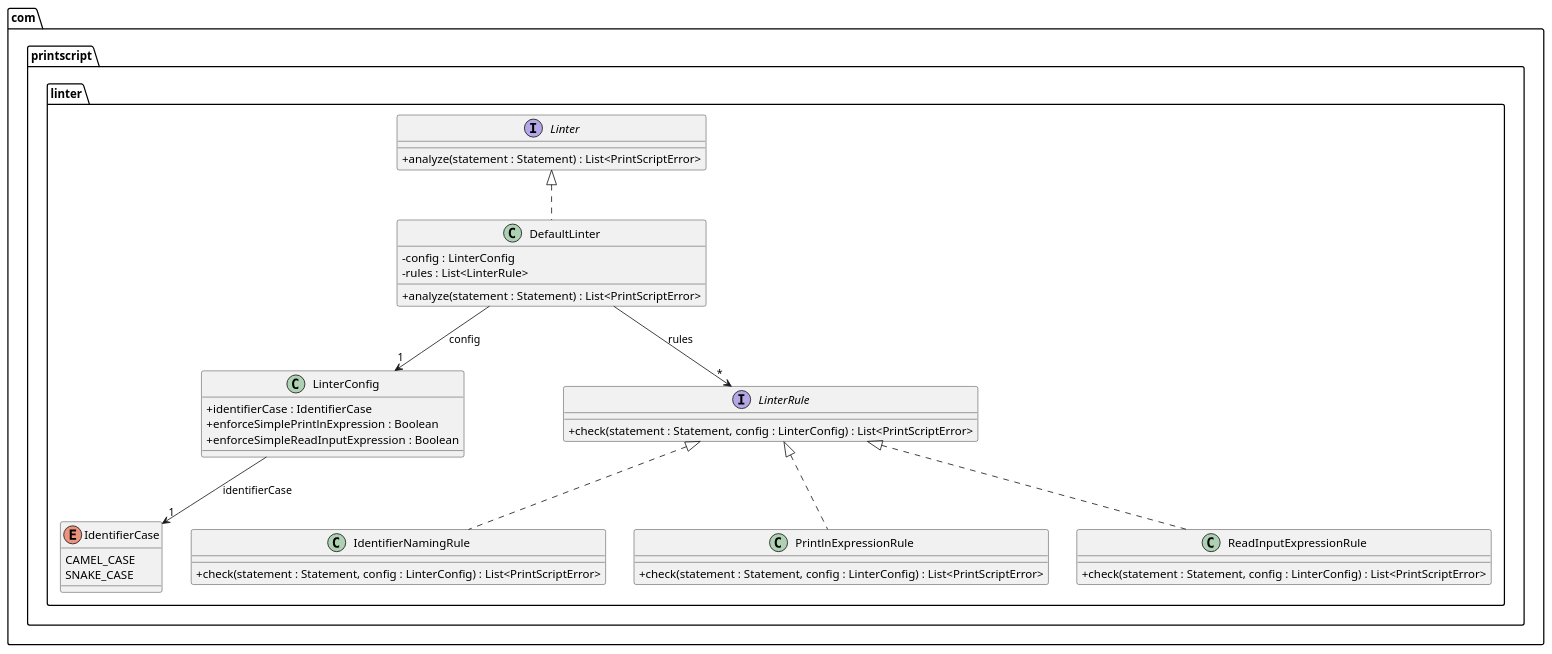
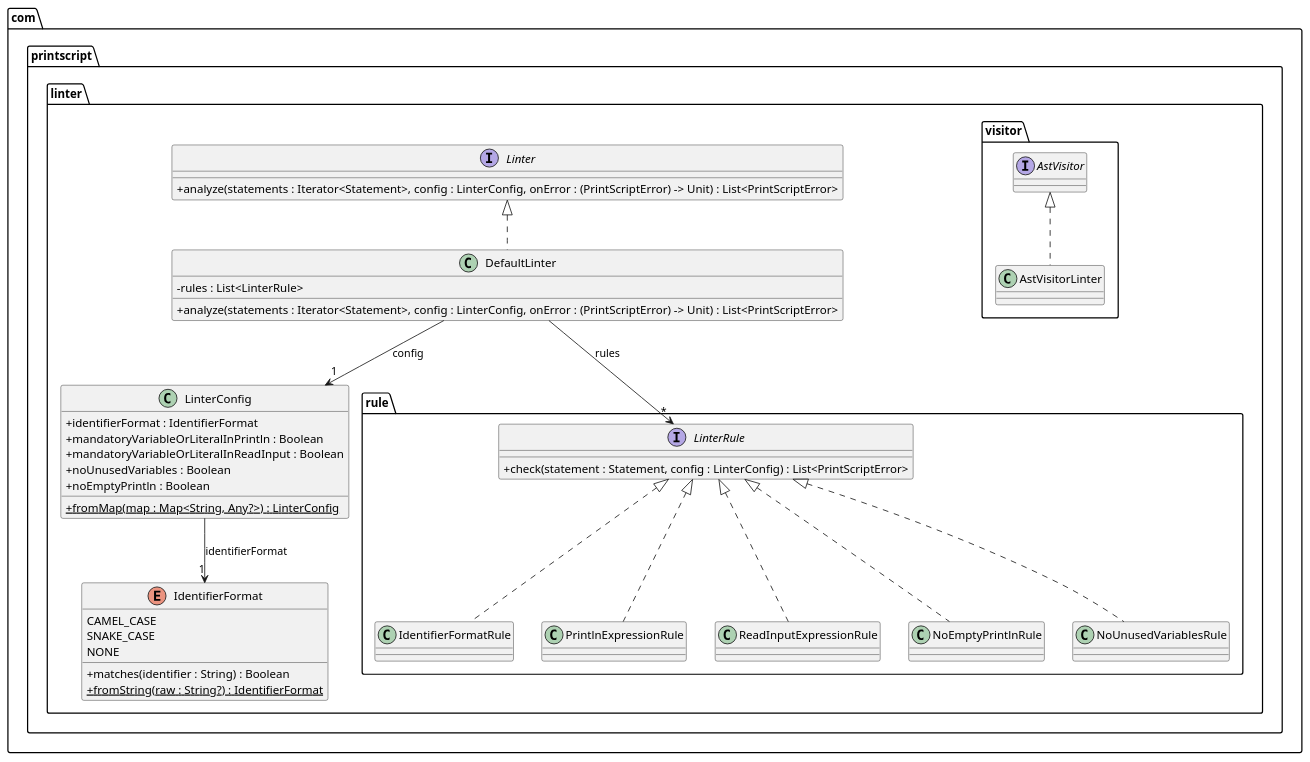
The diagram in docs/diagrams/linter.puml (IngsisMac/printscript), drawn with PlantUML before and after one commit. The commit also changed 10 other files, not shown here.

Commit message:
updated diagrams

```diff
--- a/docs/diagrams/linter.puml
+++ b/docs/diagrams/linter.puml
@@ -1,53 +1,53 @@
 @startuml
 skinparam classAttributeIconSize 0
 
 package "com.printscript.linter" {
 
     interface Linter {
-        + analyze(statement : Statement) : List<PrintScriptError>
+        + analyze(statements : Iterator<Statement>, config : LinterConfig, onError : (PrintScriptError) -> Unit) : List<PrintScriptError>
     }
 
-    class DefaultLinter {
-        - config : LinterConfig
+    class DefaultLinter implements Linter {
         - rules : List<LinterRule>
-        + analyze(statement : Statement) : List<PrintScriptError>
+        + analyze(statements : Iterator<Statement>, config : LinterConfig, onError : (PrintScriptError) -> Unit) : List<PrintScriptError>
     }
 
-    enum IdentifierCase {
+    enum IdentifierFormat {
         CAMEL_CASE
         SNAKE_CASE
+        NONE
+        + matches(identifier : String) : Boolean
+        + {static} fromString(raw : String?) : IdentifierFormat
     }
 
     class LinterConfig {
-        + identifierCase : IdentifierCase
-        + enforceSimplePrintlnExpression : Boolean
-        + enforceSimpleReadInputExpression : Boolean
+        + identifierFormat : IdentifierFormat
+        + mandatoryVariableOrLiteralInPrintln : Boolean
+        + mandatoryVariableOrLiteralInReadInput : Boolean
+        + noUnusedVariables : Boolean
+        + noEmptyPrintln : Boolean
+        + {static} fromMap(map : Map<String, Any?>) : LinterConfig
     }
+}
 
+package "com.printscript.linter.rule" {
     interface LinterRule {
         + check(statement : Statement, config : LinterConfig) : List<PrintScriptError>
     }
 
-    class IdentifierNamingRule {
-        + check(statement : Statement, config : LinterConfig) : List<PrintScriptError>
-    }
-
-    class PrintlnExpressionRule {
-        + check(statement : Statement, config : LinterConfig) : List<PrintScriptError>
-    }
-
-    class ReadInputExpressionRule {
-        + check(statement : Statement, config : LinterConfig) : List<PrintScriptError>
-    }
-
-    Linter <|.. DefaultLinter
-    DefaultLinter --> "1" LinterConfig : config
-    DefaultLinter --> "*" LinterRule : rules
-    LinterConfig --> "1" IdentifierCase : identifierCase
-
-    LinterRule <|.. IdentifierNamingRule
-    LinterRule <|.. PrintlnExpressionRule
-    LinterRule <|.. ReadInputExpressionRule
+    class IdentifierFormatRule implements LinterRule
+    class PrintlnExpressionRule implements LinterRule
+    class ReadInputExpressionRule implements LinterRule
+    class NoEmptyPrintlnRule implements LinterRule
+    class NoUnusedVariablesRule implements LinterRule
 }
 
+package "com.printscript.linter.visitor" {
+    class AstVisitorLinter implements AstVisitor
+}
+
+DefaultLinter --> "1" LinterConfig : config
+DefaultLinter --> "*" LinterRule : rules
+LinterConfig --> "1" IdentifierFormat : identifierFormat
+
 @enduml
```
